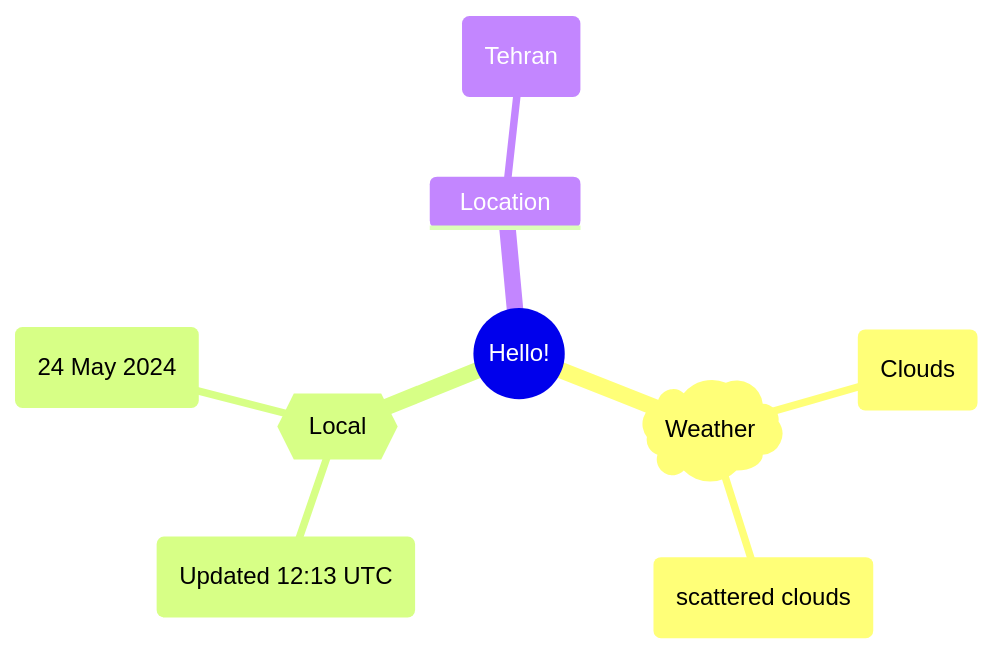
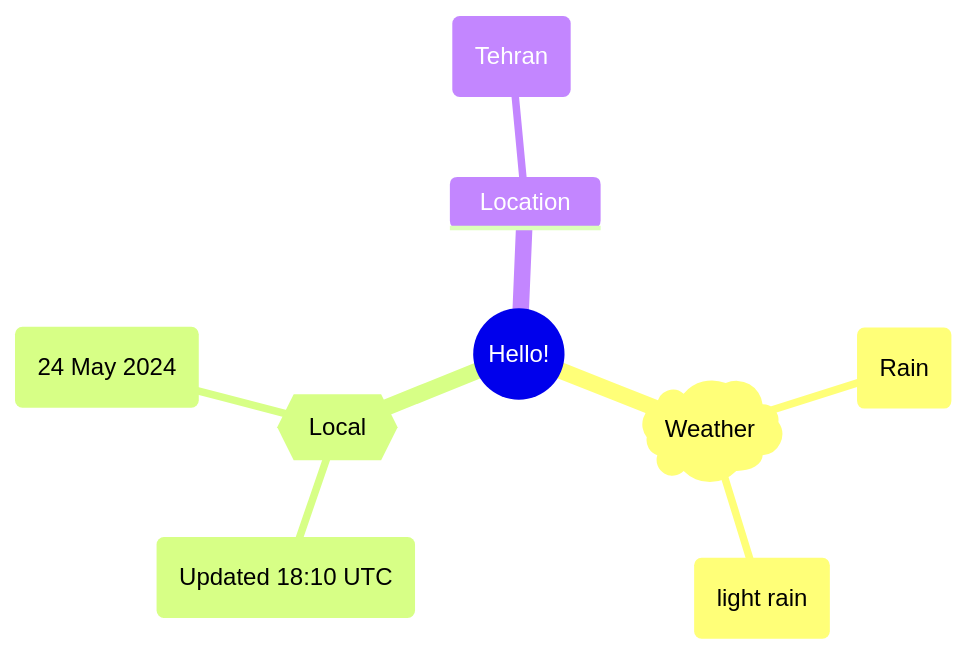
The first of 2 diagrams in README.md (Xosrov/Xosrov), drawn with Mermaid before and after one commit.

Commit message:
[bot] updated images

````diff
--- a/README.md
+++ b/README.md
@@ -3,12 +3,12 @@
 ```mermaid
 mindmap
   root((Hello!))
     )Weather(
-        (Clouds)
-        (scattered clouds)
+        (Rain)
+        (light rain)
     {{Local}}
-        (Updated 12:13 UTC)
+        (Updated 18:10 UTC)
         (24 May 2024)
     Location
         (Tehran)
 ```
````
